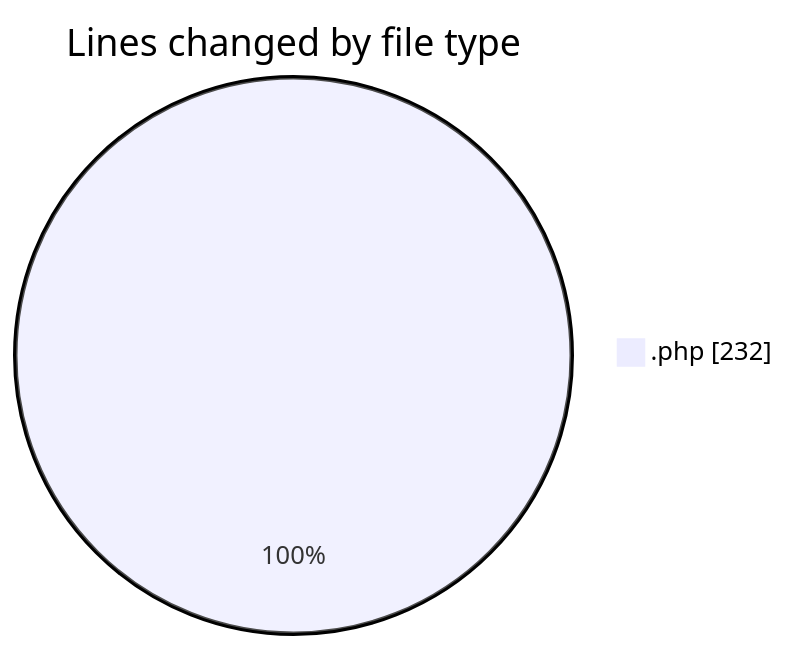
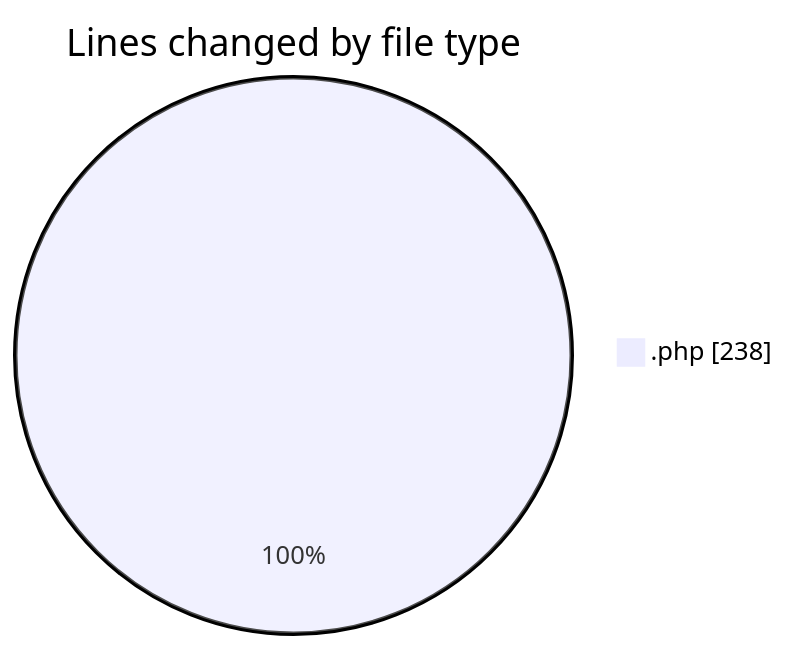
One commit to LanceThiago/code-tracking changed the first of 2 diagrams in 2025-10-01/totem2/README.md. Above: the diagram before and after it, drawn with Mermaid. The commit also changed other lines of this file and 1 other file, not shown here.

````diff
--- a/2025-10-01/totem2/README.md
+++ b/2025-10-01/totem2/README.md
@@ -21,5 +21,5 @@
 ```mermaid
 pie showData
 title Lines changed by file type
-".php" : 232
+".php" : 238
 ```
````
